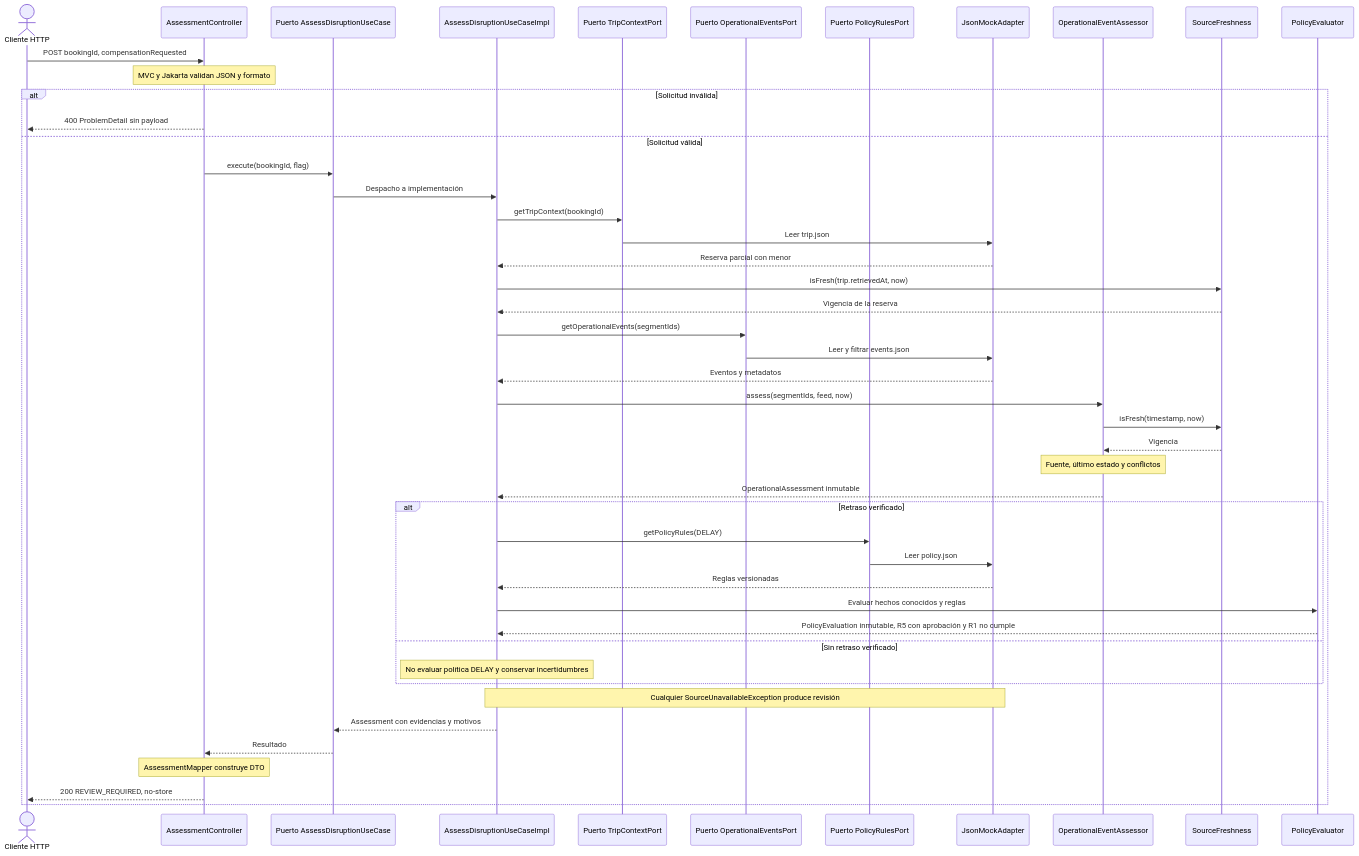
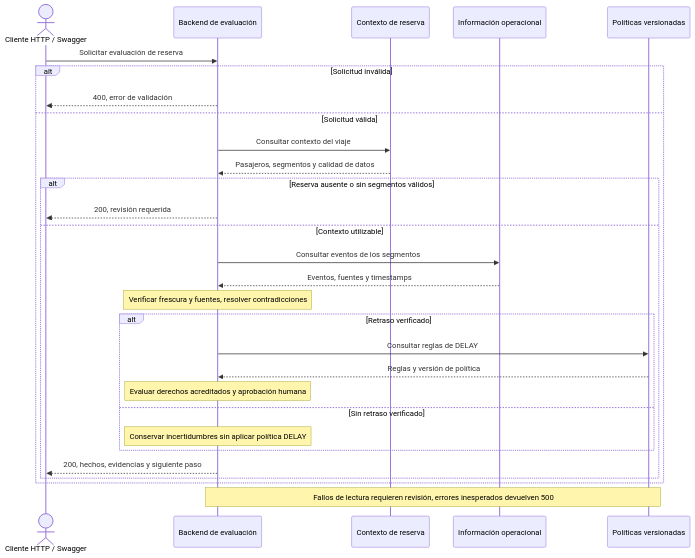
Before and after one commit to victorgt26/disruption-companion-backend: the diagram in docs/diagrams/assessment-sequence.md, drawn with Mermaid. The commit also changed other lines of this file and 80 other files, not shown here.

````diff
--- a/docs/diagrams/assessment-sequence.md
+++ b/docs/diagrams/assessment-sequence.md
@@ -3,49 +3,32 @@
 ```mermaid
 sequenceDiagram
-  actor Client as Cliente HTTP
-  participant Controller as AssessmentController
-  participant In as Puerto AssessDisruptionUseCase
-  participant UC as AssessDisruptionUseCaseImpl
-  participant Trip as Puerto TripContextPort
-  participant Events as Puerto OperationalEventsPort
-  participant Policy as Puerto PolicyRulesPort
-  participant Mock as JsonMockAdapter
-  participant EventAssessment as OperationalEventAssessor
-  participant Freshness as SourceFreshness
-  participant Rules as PolicyEvaluator
-  Client->>Controller: POST bookingId, compensationRequested
-  Note over Controller: MVC y Jakarta validan JSON y formato
+  actor Client as Cliente HTTP / Swagger
+  participant Backend as Backend de evaluación
+  participant Trips as Contexto de reserva
+  participant Operations as Información operacional
+  participant Policies as Políticas versionadas
+
+  Client->>Backend: Solicitar evaluación de reserva
   alt Solicitud inválida
-    Controller-->>Client: 400 ProblemDetail sin payload
+    Backend-->>Client: 400, error de validación
   else Solicitud válida
-    Controller->>In: execute(bookingId, flag)
-    In->>UC: Despacho a implementación
-    UC->>Trip: getTripContext(bookingId)
-    Trip->>Mock: Leer trip.json
-    Mock-->>UC: Reserva parcial con menor
-    UC->>Freshness: isFresh(trip.retrievedAt, now)
-    Freshness-->>UC: Vigencia de la reserva
-    UC->>Events: getOperationalEvents(segmentIds)
-    Events->>Mock: Leer y filtrar events.json
-    Mock-->>UC: Eventos y metadatos
-    UC->>EventAssessment: assess(segmentIds, feed, now)
-    EventAssessment->>Freshness: isFresh(timestamp, now)
-    Freshness-->>EventAssessment: Vigencia
-    Note over EventAssessment: Fuente, último estado y conflictos
-    EventAssessment-->>UC: OperationalAssessment inmutable
-    alt Retraso verificado
-      UC->>Policy: getPolicyRules(DELAY)
-      Policy->>Mock: Leer policy.json
-      Mock-->>UC: Reglas versionadas
-      UC->>Rules: Evaluar hechos conocidos y reglas
-      Rules-->>UC: PolicyEvaluation inmutable, R5 con aprobación y R1 no cumple
-    else Sin retraso verificado
-      Note over UC: No evaluar política DELAY y conservar incertidumbres
+    Backend->>Trips: Consultar contexto del viaje
+    Trips-->>Backend: Pasajeros, segmentos y calidad de datos
+    alt Reserva ausente o sin segmentos válidos
+      Backend-->>Client: 200, revisión requerida
+    else Contexto utilizable
+      Backend->>Operations: Consultar eventos de los segmentos
+      Operations-->>Backend: Eventos, fuentes y timestamps
+      Note over Backend: Verificar frescura y fuentes, resolver contradicciones
+      alt Retraso verificado
+        Backend->>Policies: Consultar reglas de DELAY
+        Policies-->>Backend: Reglas y versión de política
+        Note over Backend: Evaluar derechos acreditados y aprobación humana
+      else Sin retraso verificado
+        Note over Backend: Conservar incertidumbres sin aplicar política DELAY
+      end
+      Backend-->>Client: 200, hechos, evidencias y siguiente paso
     end
-    Note over UC,Mock: Cualquier SourceUnavailableException produce revisión
-    UC-->>In: Assessment con evidencias y motivos
-    In-->>Controller: Resultado
-    Note over Controller: AssessmentMapper construye DTO
-    Controller-->>Client: 200 REVIEW_REQUIRED, no-store
   end
+  Note over Backend,Policies: Fallos de lectura requieren revisión, errores inesperados devuelven 500
 ```
````
